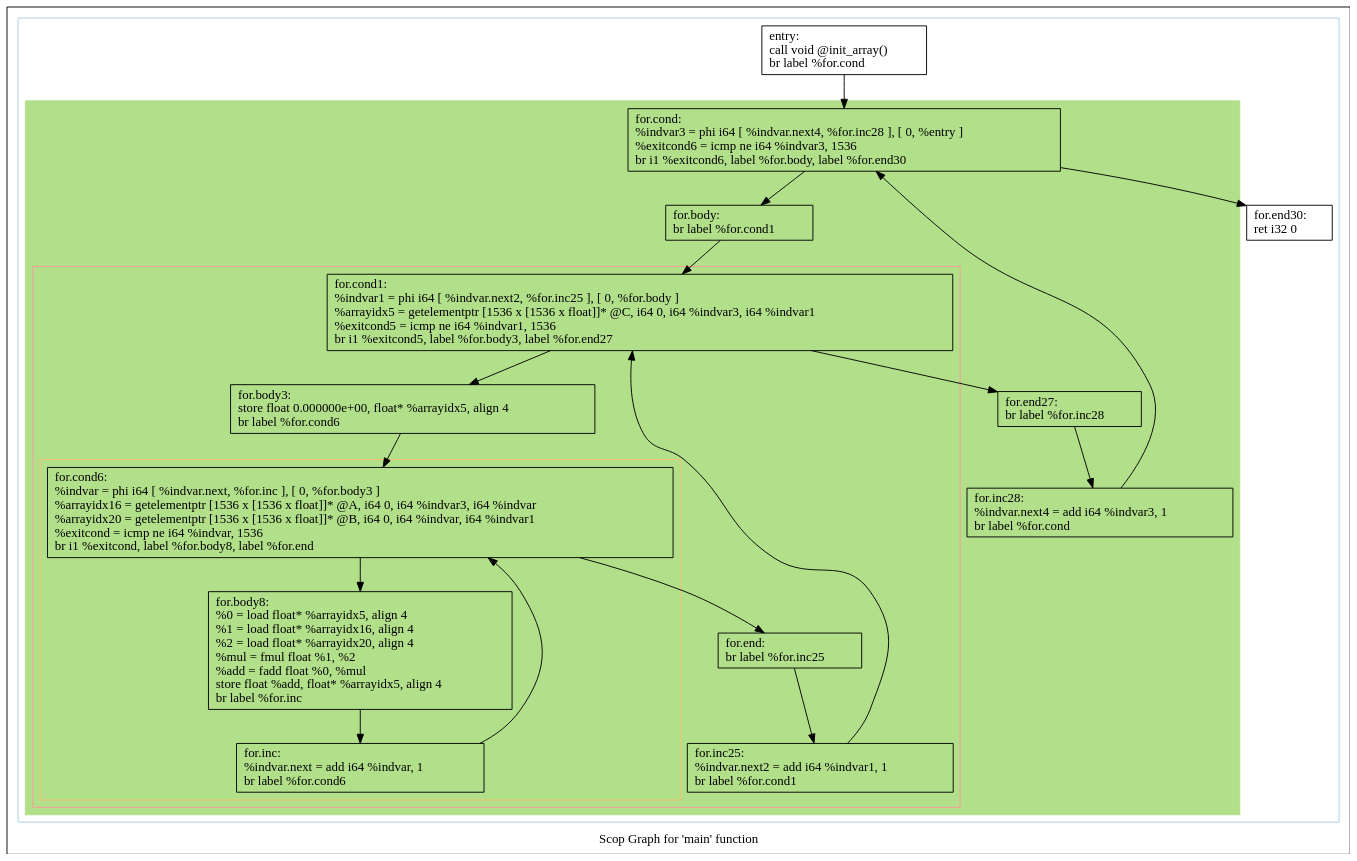
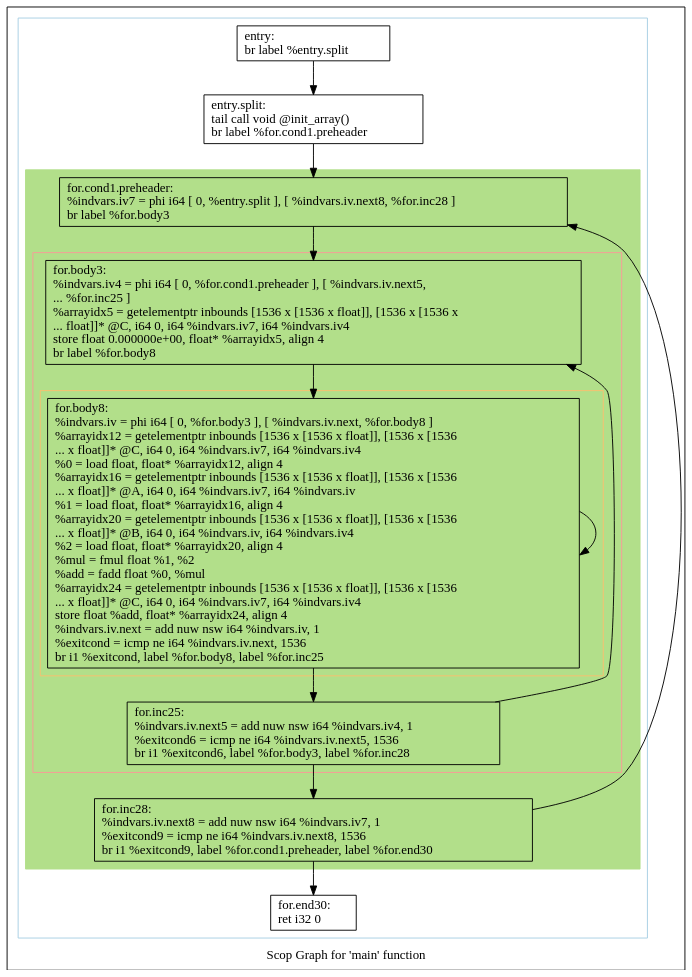
One commit to intel/quantum-intrinsics changed the diagram in polly/www/experiments/matmul/scops.main.dot. Above: the diagram before and after it, drawn with Graphviz. The commit also changed 20 other files, not shown here.

```diff
--- a/polly/www/experiments/matmul/scops.main.dot
+++ b/polly/www/experiments/matmul/scops.main.dot
@@ -1,65 +1,50 @@
 digraph "Scop Graph for 'main' function" {
 	label="Scop Graph for 'main' function";
 
-	Node0x17d21a0 [shape=record,label="{entry:\l  call void @init_array()\l  br label %for.cond\l}"];
-	Node0x17d21a0 -> Node0x17d2020;
-	Node0x17d2020 [shape=record,label="{for.cond:                                         \l  %indvar3 = phi i64 [ %indvar.next4, %for.inc28 ], [ 0, %entry ]\l  %exitcond6 = icmp ne i64 %indvar3, 1536\l  br i1 %exitcond6, label %for.body, label %for.end30\l}"];
-	Node0x17d2020 -> Node0x17d3950;
-	Node0x17d2020 -> Node0x17da500;
-	Node0x17d3950 [shape=record,label="{for.body:                                         \l  br label %for.cond1\l}"];
-	Node0x17d3950 -> Node0x17da760;
-	Node0x17da760 [shape=record,label="{for.cond1:                                        \l  %indvar1 = phi i64 [ %indvar.next2, %for.inc25 ], [ 0, %for.body ]\l  %arrayidx5 = getelementptr [1536 x [1536 x float]]* @C, i64 0, i64 %indvar3, i64 %indvar1\l  %exitcond5 = icmp ne i64 %indvar1, 1536\l  br i1 %exitcond5, label %for.body3, label %for.end27\l}"];
-	Node0x17da760 -> Node0x17db1e0;
-	Node0x17da760 -> Node0x17db250;
-	Node0x17db1e0 [shape=record,label="{for.body3:                                        \l  store float 0.000000e+00, float* %arrayidx5, align 4\l  br label %for.cond6\l}"];
-	Node0x17db1e0 -> Node0x17da740;
-	Node0x17da740 [shape=record,label="{for.cond6:                                        \l  %indvar = phi i64 [ %indvar.next, %for.inc ], [ 0, %for.body3 ]\l  %arrayidx16 = getelementptr [1536 x [1536 x float]]* @A, i64 0, i64 %indvar3, i64 %indvar\l  %arrayidx20 = getelementptr [1536 x [1536 x float]]* @B, i64 0, i64 %indvar, i64 %indvar1\l  %exitcond = icmp ne i64 %indvar, 1536\l  br i1 %exitcond, label %for.body8, label %for.end\l}"];
-	Node0x17da740 -> Node0x17da5a0;
-	Node0x17da740 -> Node0x17da800;
-	Node0x17da5a0 [shape=record,label="{for.body8:                                        \l  %0 = load float* %arrayidx5, align 4\l  %1 = load float* %arrayidx16, align 4\l  %2 = load float* %arrayidx20, align 4\l  %mul = fmul float %1, %2\l  %add = fadd float %0, %mul\l  store float %add, float* %arrayidx5, align 4\l  br label %for.inc\l}"];
-	Node0x17da5a0 -> Node0x17da5c0;
-	Node0x17da5c0 [shape=record,label="{for.inc:                                          \l  %indvar.next = add i64 %indvar, 1\l  br label %for.cond6\l}"];
-	Node0x17da5c0 -> Node0x17da740[constraint=false];
-	Node0x17da800 [shape=record,label="{for.end:                                          \l  br label %for.inc25\l}"];
-	Node0x17da800 -> Node0x17dae20;
-	Node0x17dae20 [shape=record,label="{for.inc25:                                        \l  %indvar.next2 = add i64 %indvar1, 1\l  br label %for.cond1\l}"];
-	Node0x17dae20 -> Node0x17da760[constraint=false];
-	Node0x17db250 [shape=record,label="{for.end27:                                        \l  br label %for.inc28\l}"];
-	Node0x17db250 -> Node0x17dae80;
-	Node0x17dae80 [shape=record,label="{for.inc28:                                        \l  %indvar.next4 = add i64 %indvar3, 1\l  br label %for.cond\l}"];
-	Node0x17dae80 -> Node0x17d2020[constraint=false];
-	Node0x17da500 [shape=record,label="{for.end30:                                        \l  ret i32 0\l}"];
+	Node0x5b5c850 [shape=record,label="{entry:\l  br label %entry.split\l}"];
+	Node0x5b5c850 -> Node0x5b5a440;
+	Node0x5b5a440 [shape=record,label="{entry.split:                                      \l  tail call void @init_array()\l  br label %for.cond1.preheader\l}"];
+	Node0x5b5a440 -> Node0x5b38cd0;
+	Node0x5b38cd0 [shape=record,label="{for.cond1.preheader:                              \l  %indvars.iv7 = phi i64 [ 0, %entry.split ], [ %indvars.iv.next8, %for.inc28 ]\l  br label %for.body3\l}"];
+	Node0x5b38cd0 -> Node0x5b4bd30;
+	Node0x5b4bd30 [shape=record,label="{for.body3:                                        \l  %indvars.iv4 = phi i64 [ 0, %for.cond1.preheader ], [ %indvars.iv.next5,\l... %for.inc25 ]\l  %arrayidx5 = getelementptr inbounds [1536 x [1536 x float]], [1536 x [1536 x\l... float]]* @C, i64 0, i64 %indvars.iv7, i64 %indvars.iv4\l  store float 0.000000e+00, float* %arrayidx5, align 4\l  br label %for.body8\l}"];
+	Node0x5b4bd30 -> Node0x5b38c50;
+	Node0x5b38c50 [shape=record,label="{for.body8:                                        \l  %indvars.iv = phi i64 [ 0, %for.body3 ], [ %indvars.iv.next, %for.body8 ]\l  %arrayidx12 = getelementptr inbounds [1536 x [1536 x float]], [1536 x [1536\l... x float]]* @C, i64 0, i64 %indvars.iv7, i64 %indvars.iv4\l  %0 = load float, float* %arrayidx12, align 4\l  %arrayidx16 = getelementptr inbounds [1536 x [1536 x float]], [1536 x [1536\l... x float]]* @A, i64 0, i64 %indvars.iv7, i64 %indvars.iv\l  %1 = load float, float* %arrayidx16, align 4\l  %arrayidx20 = getelementptr inbounds [1536 x [1536 x float]], [1536 x [1536\l... x float]]* @B, i64 0, i64 %indvars.iv, i64 %indvars.iv4\l  %2 = load float, float* %arrayidx20, align 4\l  %mul = fmul float %1, %2\l  %add = fadd float %0, %mul\l  %arrayidx24 = getelementptr inbounds [1536 x [1536 x float]], [1536 x [1536\l... x float]]* @C, i64 0, i64 %indvars.iv7, i64 %indvars.iv4\l  store float %add, float* %arrayidx24, align 4\l  %indvars.iv.next = add nuw nsw i64 %indvars.iv, 1\l  %exitcond = icmp ne i64 %indvars.iv.next, 1536\l  br i1 %exitcond, label %for.body8, label %for.inc25\l}"];
+	Node0x5b38c50 -> Node0x5b38c50[constraint=false];
+	Node0x5b38c50 -> Node0x5b5a290;
+	Node0x5b5a290 [shape=record,label="{for.inc25:                                        \l  %indvars.iv.next5 = add nuw nsw i64 %indvars.iv4, 1\l  %exitcond6 = icmp ne i64 %indvars.iv.next5, 1536\l  br i1 %exitcond6, label %for.body3, label %for.inc28\l}"];
+	Node0x5b5a290 -> Node0x5b4bd30[constraint=false];
+	Node0x5b5a290 -> Node0x5b5a340;
+	Node0x5b5a340 [shape=record,label="{for.inc28:                                        \l  %indvars.iv.next8 = add nuw nsw i64 %indvars.iv7, 1\l  %exitcond9 = icmp ne i64 %indvars.iv.next8, 1536\l  br i1 %exitcond9, label %for.cond1.preheader, label %for.end30\l}"];
+	Node0x5b5a340 -> Node0x5b38cd0[constraint=false];
+	Node0x5b5a340 -> Node0x5b5a3a0;
+	Node0x5b5a3a0 [shape=record,label="{for.end30:                                        \l  ret i32 0\l}"];
 	colorscheme = "paired12"
-        subgraph cluster_0x17d3f30 {
+        subgraph cluster_0x5b5c970 {
           label = "";
           style = solid;
           color = 1
-          subgraph cluster_0x17d38d0 {
+          subgraph cluster_0x5b5c5a0 {
             label = "";
             style = filled;
-            color = 3            subgraph cluster_0x17d3850 {
+            color = 3            subgraph cluster_0x5b5c9f0 {
               label = "";
               style = solid;
               color = 5
-              subgraph cluster_0x17d37d0 {
+              subgraph cluster_0x5b5c110 {
                 label = "";
                 style = solid;
                 color = 7
-                Node0x17da740;
-                Node0x17da5a0;
-                Node0x17da5c0;
+                Node0x5b38c50;
               }
-              Node0x17da760;
-              Node0x17db1e0;
-              Node0x17da800;
-              Node0x17dae20;
+              Node0x5b4bd30;
+              Node0x5b5a290;
             }
-            Node0x17d2020;
-            Node0x17d3950;
-            Node0x17db250;
-            Node0x17dae80;
+            Node0x5b38cd0;
+            Node0x5b5a340;
           }
-          Node0x17d21a0;
-          Node0x17da500;
+          Node0x5b5c850;
+          Node0x5b5a440;
+          Node0x5b5a3a0;
         }
 }
```
